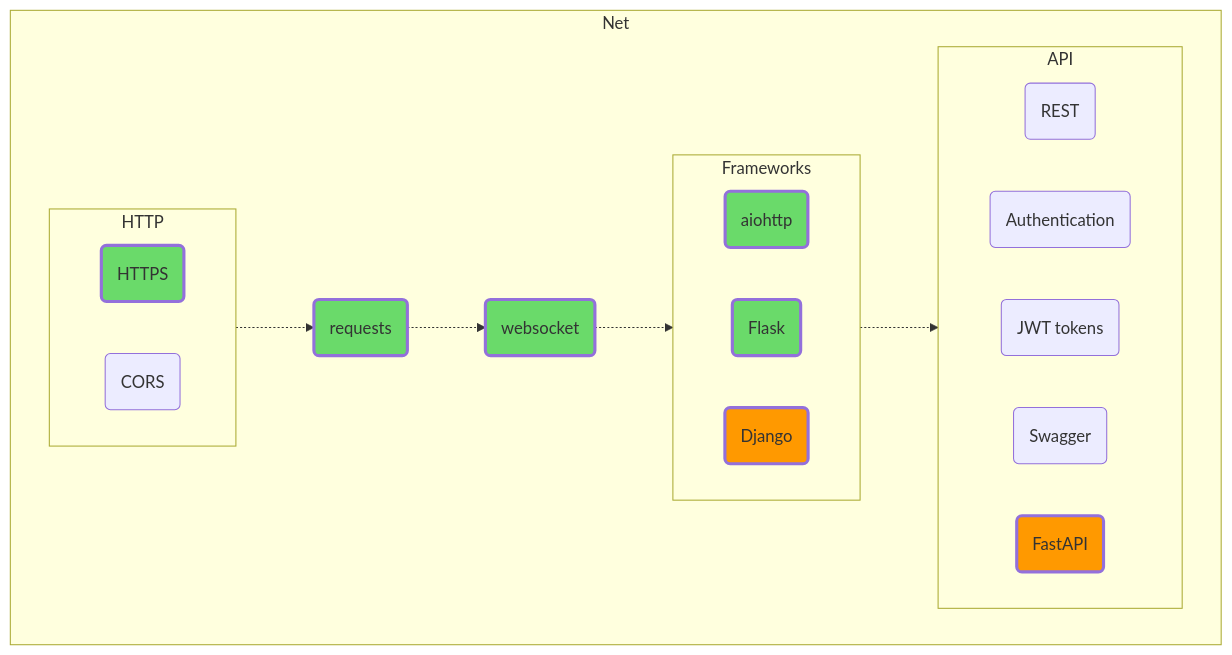
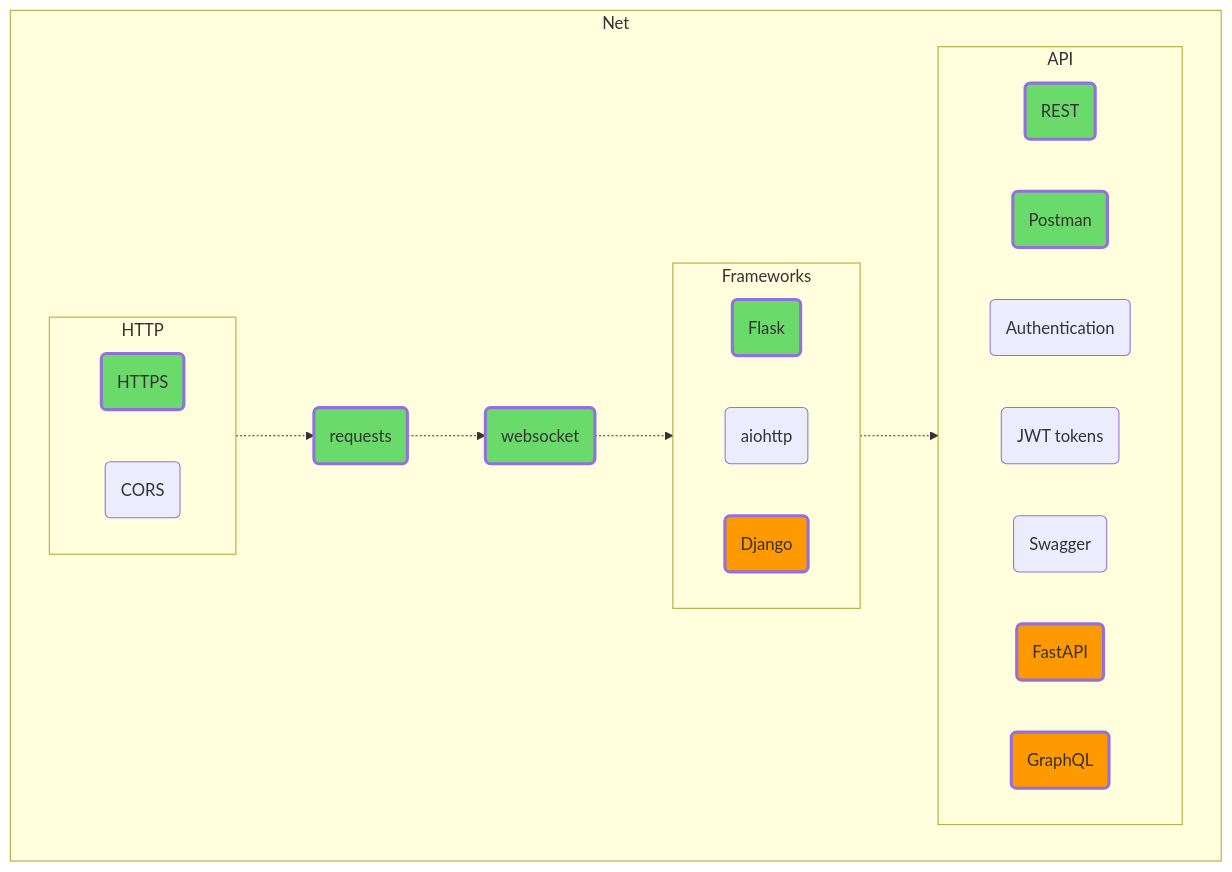
The diagram in 10_Net.md (amaargiru/pyroad), drawn with Mermaid before and after one commit. The commit also changed 3 other files, not shown here.

````diff
--- a/10_Net.md
+++ b/10_Net.md
@@ -20,18 +20,20 @@
 
 subgraph Frameworks
 direction LR
+Flask(Flask)
 aiohttp(aiohttp)
-Flask(Flask)
 Django(Django)
 end
 
 subgraph API
 direction LR
 REST(REST)
+Postman(Postman)
 Authentication(Authentication)
 jwt_tokens("JWT tokens")
 Swagger(Swagger)
 FastAPI(FastAPI)
+GraphQL(GraphQL)
 end
 
 end
@@ -69,13 +71,12 @@
 class icount trainee;
 class icycle trainee;
 class irepeat trainee;
-class pairwise trainee;
 class product trainee;
 class combinations trainee;
 class enumerate trainee;
-class generator trainee;
+class yield trainee;
 class decorator trainee;
-class context trainee;
+class enter_exit_cm trainee;
 class oopBase1 trainee;
 class oop_property trainee;
 class staticmethod trainee;
@@ -101,6 +102,8 @@
 class exception_raising trainee;
 class create_task trainee;
 class gather trainee;
+class sleep trainee;
+class run trainee;
 class wait_for trainee;
 class asQueue trainee;
 class Lock trainee;
@@ -108,10 +111,9 @@
 class variables trainee;
 class Thread trainee;
 class Pool trainee;
-class Logging trainee;
 class Stopwatch trainee;
 class timeit trainee;
-class Random trainee;
+class random_mod trainee;
 class input trainee;
 class Command_Line_Arguments trainee;
 class simple_print trainee;
@@ -143,7 +145,13 @@
 class INSERT trainee;
 class UPDATE trainee;
 class DELETE trainee;
-class SQLite trainee;
+class PRIMARY_KEY trainee;
+class FOREIGN_KEY trainee;
+class FROM trainee;
+class WHERE trainee;
+class SET trainee;
+class SQLite_benefits trainee;
+class Syntax_Diagrams trainee;
 class Flask trainee;
 class Consistency trainee;
 class HTTPS trainee;
@@ -164,27 +172,57 @@
 class Polymorphism trainee;
 class Abstraction trainee;
 class trunk_based_development trainee;
-class aiohttp trainee;
+class StreamHandler trainee;
+class Observer trainee;
+class Decorator_Method trainee;
+class Factory_Method trainee;
+class Adapter_Facade trainee;
+class CQRS trainee;
+class Decentralization trainee;
+class Smart_endpoints_dumb_pipes trainee;
+class Basics trainee;
+class GitHub trainee;
+class Install trainee;
+class Directory_Structure trainee;
+class Terminal trainee;
+class accumulate trainee;
+class chain trainee;
+class compress trainee;
+class dropwhile trainee;
+class takewhile trainee;
+class typing_loc trainee;
+class REST trainee;
+class Postman trainee;
 
+class GraphQL middle;
+class bash middle;
+class System_administration middle;
+class Network_administration middle;
 class NoSQL middle;
 class Functional middle;
 class RabbitMQ middle;
 class Scrum middle;
 class Apache_Kafka middle;
-class git middle;
-class Linux middle;
 class Docker middle;
 class methmore middle;
 class PostgreSQL_more middle;
 class SQLAlchemy middle;
+class Django_ORM middle;
 class Django middle;
 class FastAPI middle;
-class ORM boldmiddleed;
+class SQL_standard middle;
+class Analyze_an_execution_plan middle;
 class TensorFlow middle;
 class Keras middle;
 class cryptomore middle;
 class Jenkins middle;
 class Kubernetes middle;
+class Creational_patterns middle;
+class Structural_patterns middle;
+class Behavioral_patterns middle;
 class Architectural_Patterns middle;
-
+class ELK_Stack middle;
+class Pattern_of_Distributed_Systems middle;
+class Cloud_Design_Patterns middle;
+class New_Relic middle;
 ```
````
